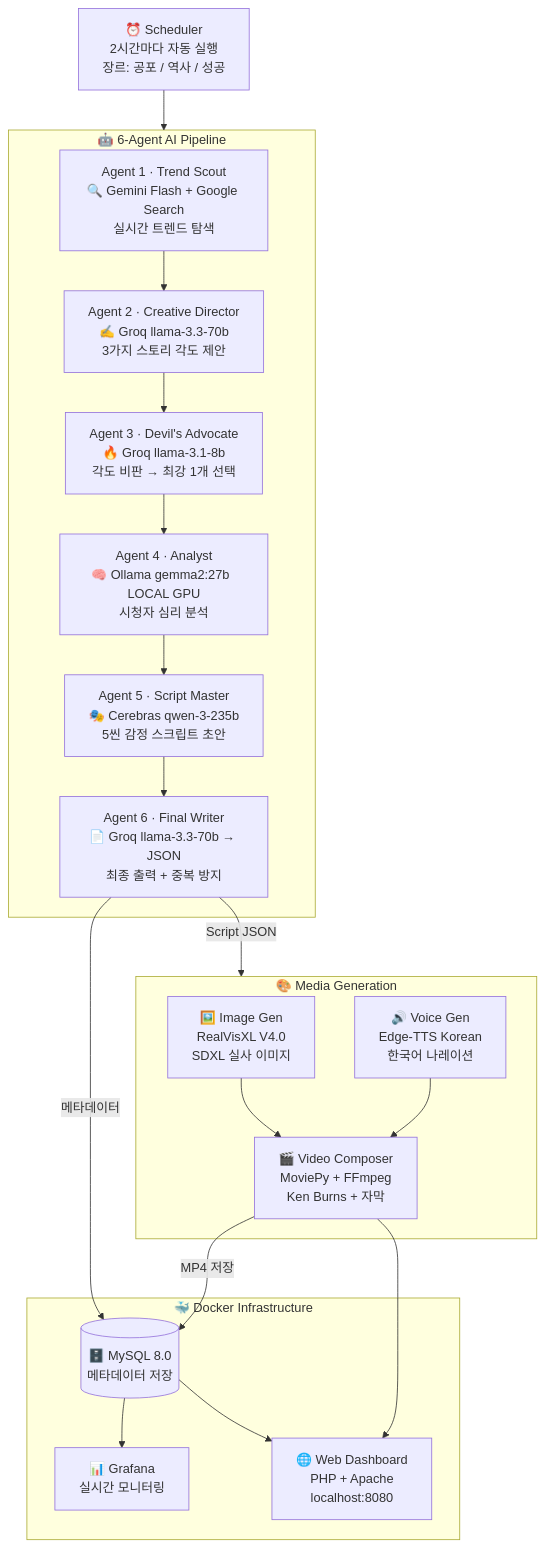
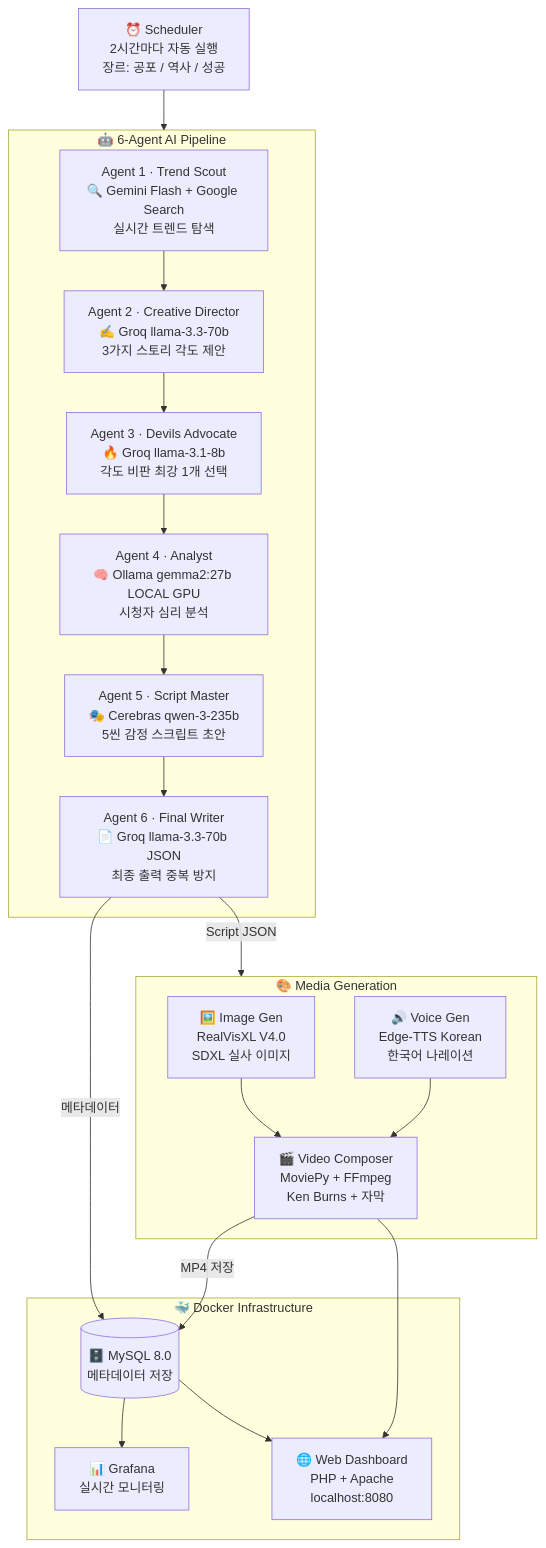
One commit to spickingerqa-max/ai-shorts changed the diagram in README.md. Above: the diagram before and after it, drawn with Mermaid. The commit also changed other lines of this file, not shown here.

Commit message:
fix: README 줄바꿈 수정 + Mermaid 다이어그램 정상화

````diff
--- a/README.md
+++ b/README.md
@@ -43,36 +43,36 @@
 ```mermaid
 flowchart TD
     SCHED["⏰ Scheduler\n2시간마다 자동 실행\n장르: 공포 / 역사 / 성공"]
 
     subgraph PIPELINE["🤖 6-Agent AI Pipeline"]
         A1["Agent 1 · Trend Scout\n🔍 Gemini Flash + Google Search\n실시간 트렌드 탐색"]
         A2["Agent 2 · Creative Director\n✍️ Groq llama-3.3-70b\n3가지 스토리 각도 제안"]
-        A3["Agent 3 · Devil's Advocate\n🔥 Groq llama-3.1-8b\n각도 비판 → 최강 1개 선택"]
-        A4["Agent 4 · Analyst\n🧠 Ollama gemma2:27b  LOCAL GPU\n시청자 심리 분석"]
+        A3["Agent 3 · Devils Advocate\n🔥 Groq llama-3.1-8b\n각도 비판 최강 1개 선택"]
+        A4["Agent 4 · Analyst\n🧠 Ollama gemma2:27b LOCAL GPU\n시청자 심리 분석"]
         A5["Agent 5 · Script Master\n🎭 Cerebras qwen-3-235b\n5씬 감정 스크립트 초안"]
-        A6["Agent 6 · Final Writer\n📄 Groq llama-3.3-70b → JSON\n최종 출력 + 중복 방지"]
+        A6["Agent 6 · Final Writer\n📄 Groq llama-3.3-70b JSON\n최종 출력 중복 방지"]
         A1 --> A2 --> A3 --> A4 --> A5 --> A6
     end
 
     subgraph MEDIA["🎨 Media Generation"]
         IMG["🖼️ Image Gen\nRealVisXL V4.0\nSDXL 실사 이미지"]
         TTS["🔊 Voice Gen\nEdge-TTS Korean\n한국어 나레이션"]
         VID["🎬 Video Composer\nMoviePy + FFmpeg\nKen Burns + 자막"]
         IMG --> VID
         TTS --> VID
     end
 
     subgraph INFRA["🐳 Docker Infrastructure"]
         DB[("🗄️ MySQL 8.0\n메타데이터 저장")]
         GF["📊 Grafana\n실시간 모니터링"]
         WEB["🌐 Web Dashboard\nPHP + Apache\nlocalhost:8080"]
         DB --> GF
         DB --> WEB
     end
 
     SCHED --> PIPELINE
     A6 -->|"Script JSON"| MEDIA
     A6 -->|"메타데이터"| DB
     VID -->|"MP4 저장"| DB
     VID --> WEB
 ```
````
